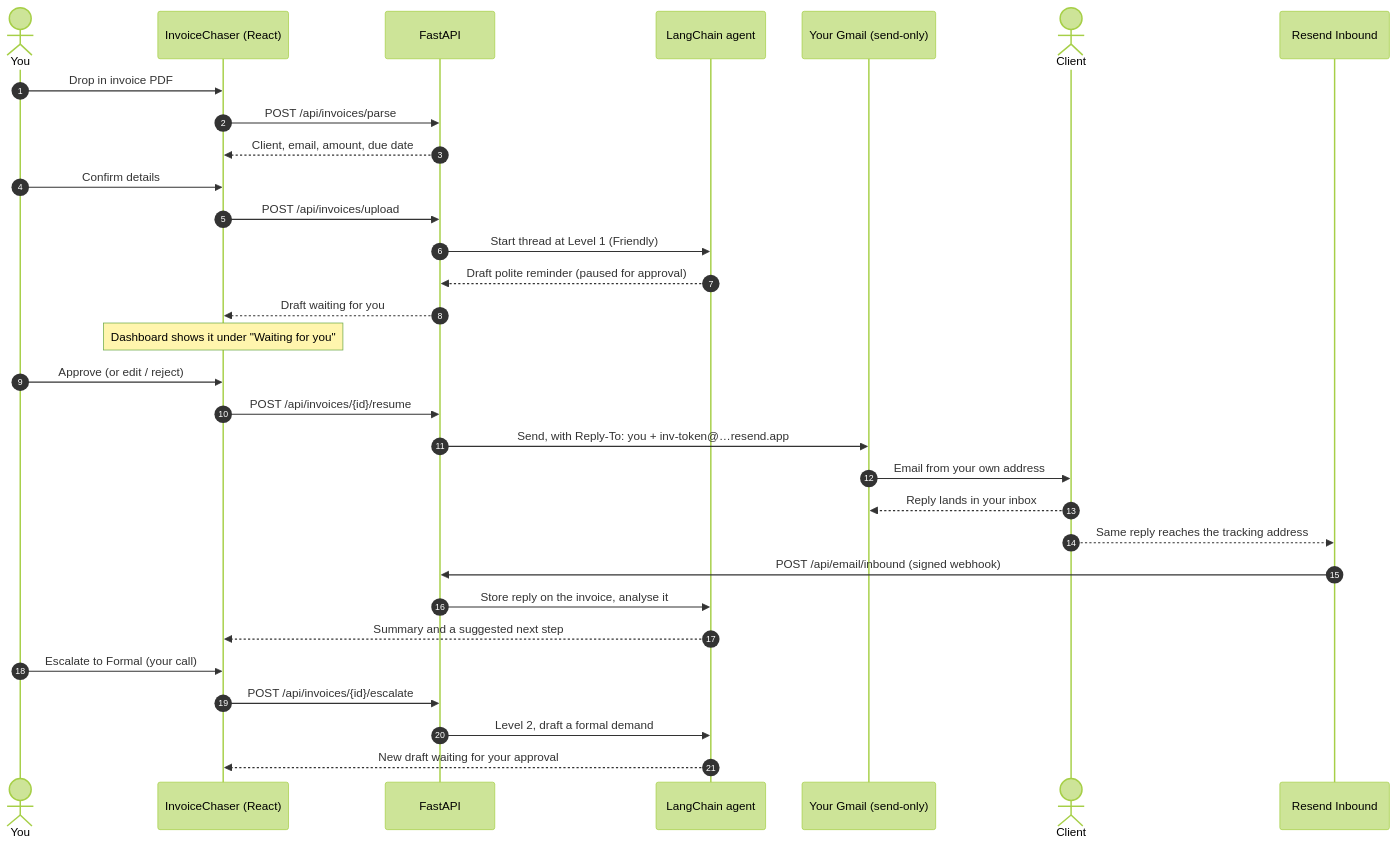
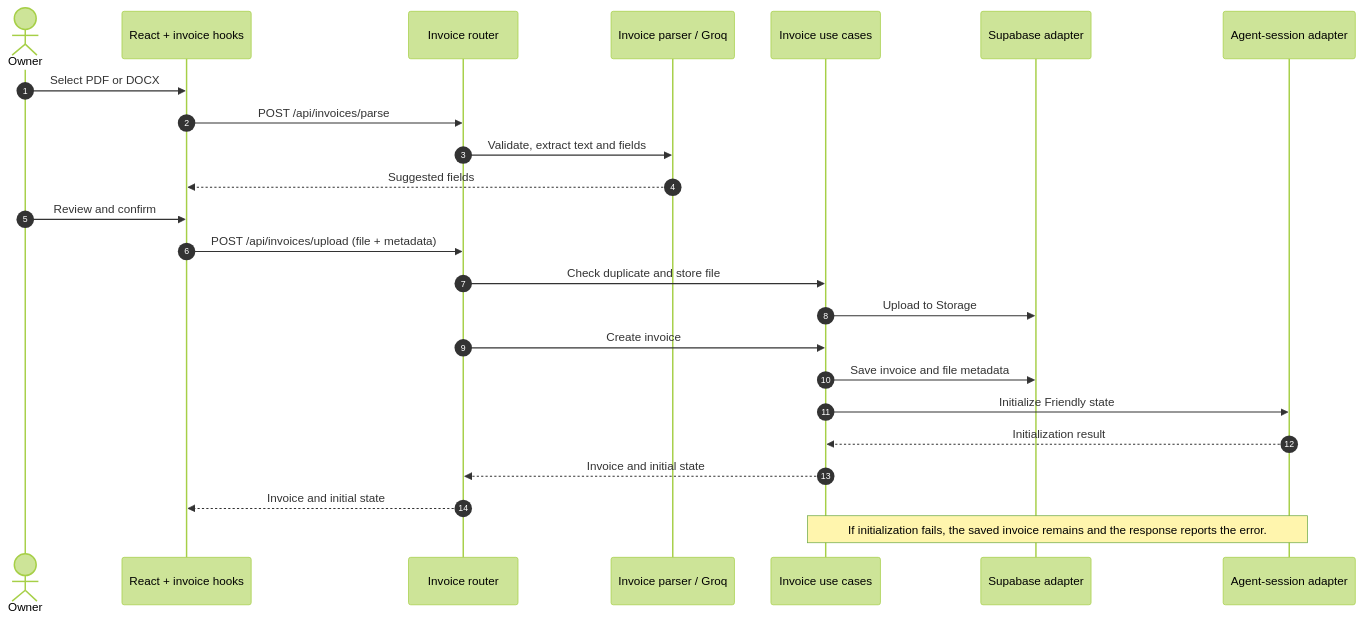
The second of 7 diagrams in README.md (code0monkey1/invoice-dispute-agent), drawn with Mermaid (forest theme) before and after one commit. The commit also changed other lines of this file and 2 other files, not shown here.

Commit message:
docs: document deployed clean architecture flows

````diff
--- a/README.md
+++ b/README.md
@@ -31,34 +50,26 @@
 ```mermaid
 sequenceDiagram
     autonumber
-    actor You
-    participant App as InvoiceChaser (React)
-    participant API as FastAPI
-    participant Agent as LangChain agent
-    participant Gmail as Your Gmail (send-only)
-    actor Client
-    participant Resend as Resend Inbound
-
-    You->>App: Drop in invoice PDF
-    App->>API: POST /api/invoices/parse
-    API-->>App: Client, email, amount, due date
-    You->>App: Confirm details
-    App->>API: POST /api/invoices/upload
-    API->>Agent: Start thread at Level 1 (Friendly)
-    Agent-->>API: Draft polite reminder (paused for approval)
-    API-->>App: Draft waiting for you
-    Note over App: Dashboard shows it under "Waiting for you"
-    You->>App: Approve (or edit / reject)
-    App->>API: POST /api/invoices/{id}/resume
-    API->>Gmail: Send, with Reply-To: you + inv-token@…resend.app
-    Gmail->>Client: Email from your own address
-    Client-->>Gmail: Reply lands in your inbox
-    Client-->>Resend: Same reply reaches the tracking address
-    Resend->>API: POST /api/email/inbound (signed webhook)
-    API->>Agent: Store reply on the invoice, analyse it
-    Agent-->>App: Summary and a suggested next step
-    You->>App: Escalate to Formal (your call)
-    App->>API: POST /api/invoices/{id}/escalate
-    API->>Agent: Level 2, draft a formal demand
-    Agent-->>App: New draft waiting for your approval
+    actor Owner
+    participant UI as React + invoice hooks
+    participant HTTP as Invoice router
+    participant Parser as Invoice parser / Groq
+    participant UC as Invoice use cases
+    participant DB as Supabase adapter
+    participant Session as Agent-session adapter
+    Owner->>UI: Select PDF or DOCX
+    UI->>HTTP: POST /api/invoices/parse
+    HTTP->>Parser: Validate, extract text and fields
+    Parser-->>UI: Suggested fields
+    Owner->>UI: Review and confirm
+    UI->>HTTP: POST /api/invoices/upload (file + metadata)
+    HTTP->>UC: Check duplicate and store file
+    UC->>DB: Upload to Storage
+    HTTP->>UC: Create invoice
+    UC->>DB: Save invoice and file metadata
+    UC->>Session: Initialize Friendly state
+    Session-->>UC: Initialization result
+    UC-->>HTTP: Invoice and initial state
+    HTTP-->>UI: Invoice and initial state
+    Note over UC,Session: If initialization fails, the saved invoice remains and the response reports the error.
 ```
````
